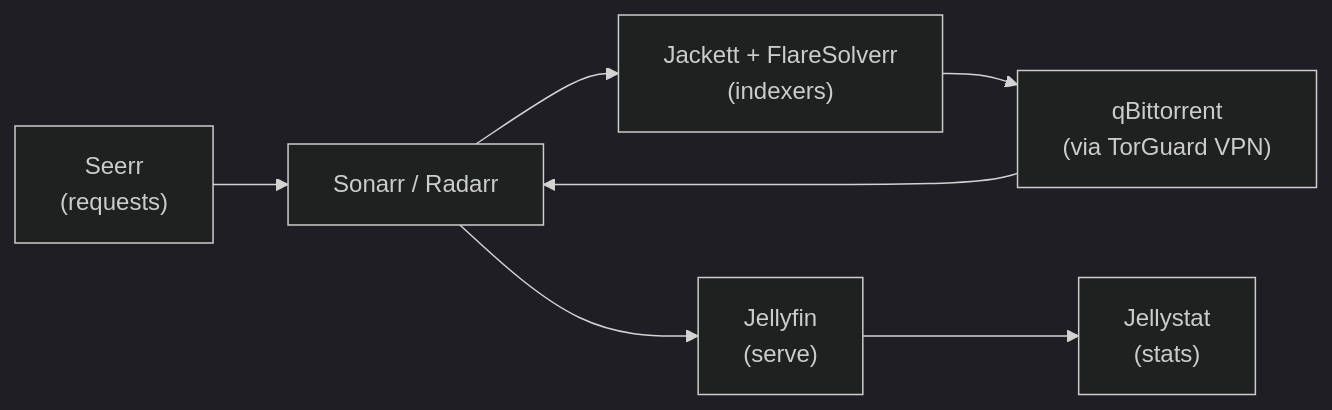
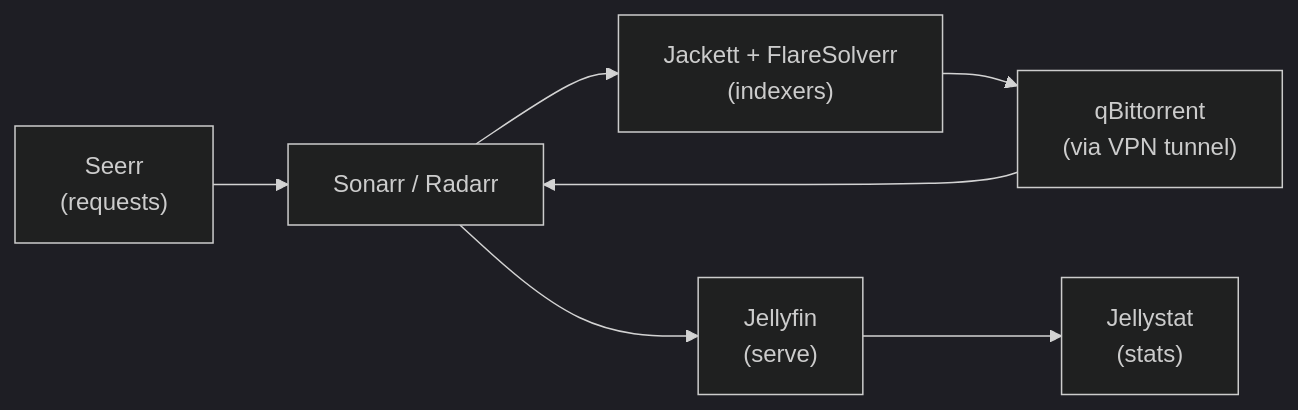
One commit to SammyTheKat/homelab changed the diagram in docs/media-automation-pipeline.md. Above: the diagram before and after it, drawn with Mermaid (dark theme). The commit also changed other lines of this file and 2 other files, not shown here.

Commit message:
Sanitize public-facing language: generic VPN references, segmentation framing

````diff
--- a/docs/media-automation-pipeline.md
+++ b/docs/media-automation-pipeline.md
@@ -9,9 +9,9 @@
 ```mermaid
 flowchart LR
     Seerr["Seerr<br/>(requests)"] --> Sonarr["Sonarr / Radarr"]
     Sonarr --> Jackett["Jackett + FlareSolverr<br/>(indexers)"]
-    Jackett --> qbit["qBittorrent<br/>(via TorGuard VPN)"]
+    Jackett --> qbit["qBittorrent<br/>(via VPN tunnel)"]
     qbit --> Sonarr
     Sonarr --> Jellyfin["Jellyfin<br/>(serve)"]
     Jellyfin --> Jellystat["Jellystat<br/>(stats)"]
 ```
````
